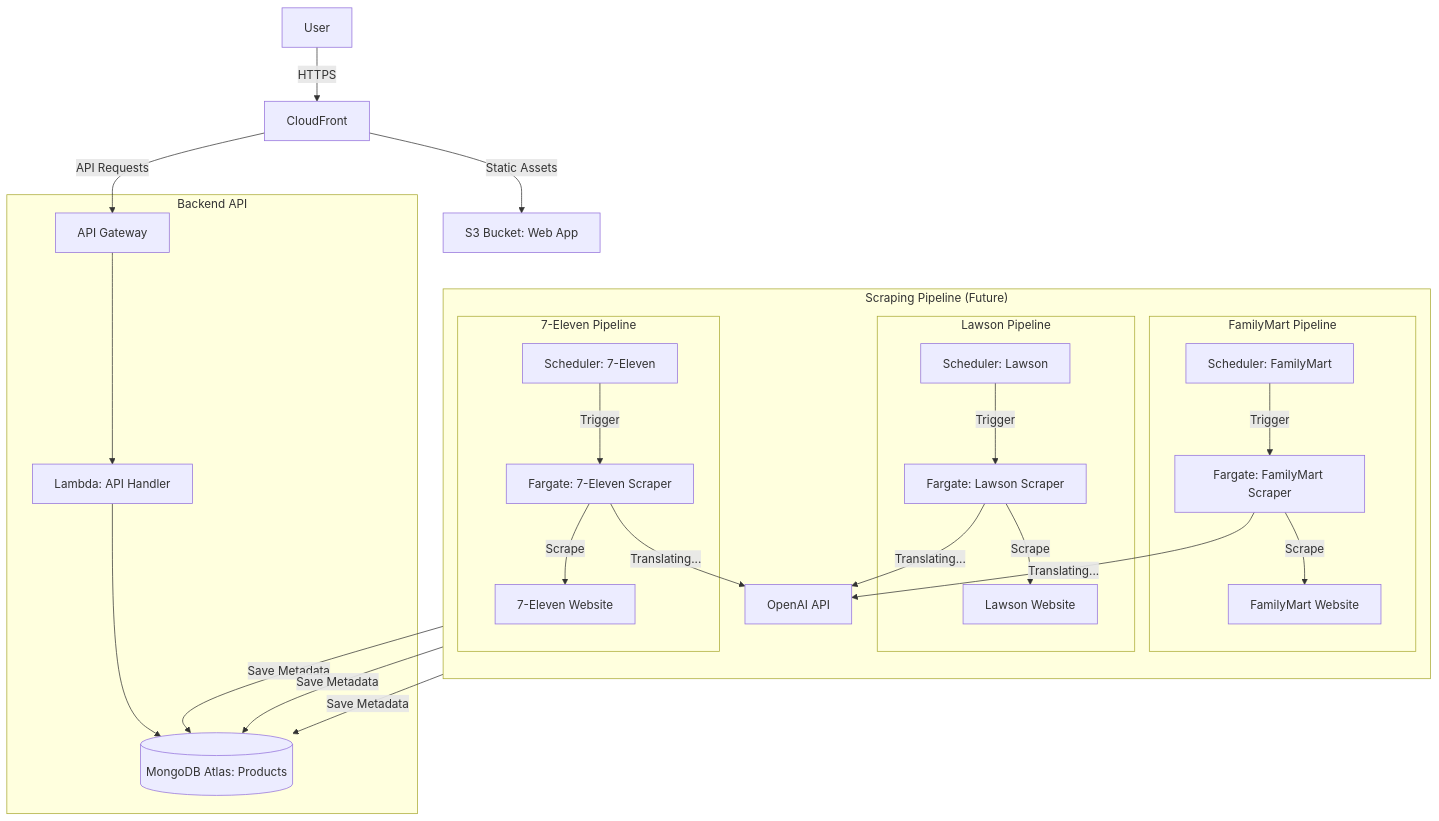
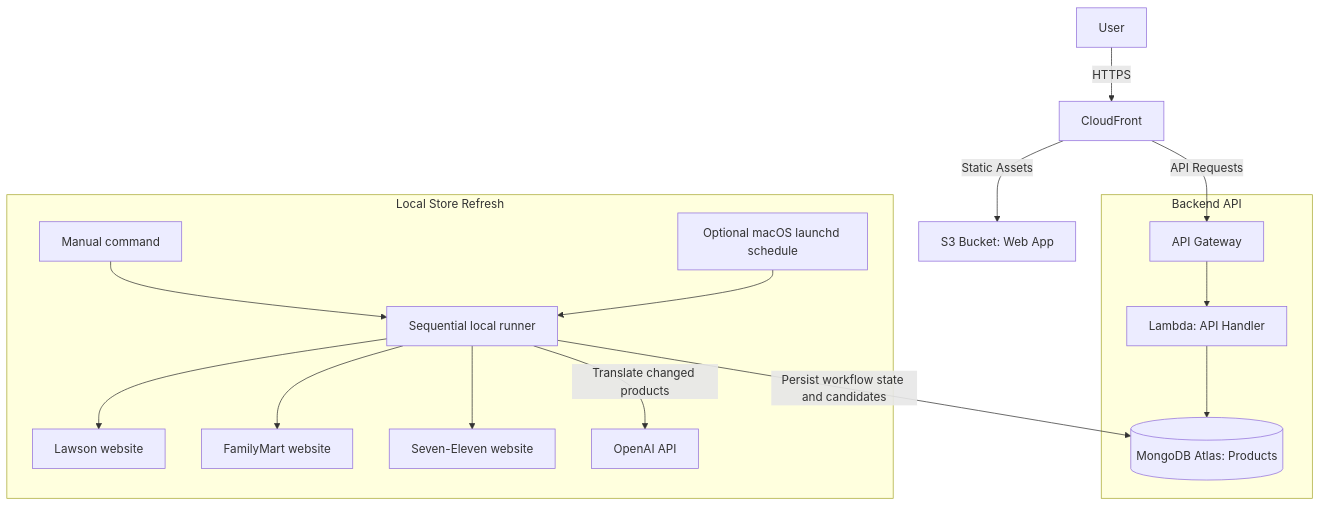
One commit to seancheong/takonbini-web changed the third of 5 diagrams in architecture.md. Above: the diagram before and after it, drawn with Mermaid. The commit also changed other lines of this file and 2 other files, not shown here.

Commit message:
docs: record local scraper execution decision (#35)

````diff
--- a/architecture.md
+++ b/architecture.md
@@ -97,32 +97,21 @@
 ```mermaid
 graph TD
     User[User] -->|HTTPS| CloudFront
     CloudFront -->|Static Assets| S3_Web[S3 Bucket: Web App]
     CloudFront -->|API Requests| APIG[API Gateway]
 
     subgraph "Backend API"
         APIG --> Lambda_API[Lambda: API Handler]
         Lambda_API --> Mongo[(MongoDB Atlas: Products)]
     end
 
-    subgraph "Scraping Pipeline (Future)"
-        direction TB
-        subgraph "Lawson Pipeline"
-            Sch_Lawson[Scheduler: Lawson] -->|Trigger| L_Lawson[Fargate: Lawson Scraper]
-            L_Lawson -->|Scrape| Site_Lawson[Lawson Website]
-        end
-
-        subgraph "FamilyMart Pipeline"
-            Sch_FM[Scheduler: FamilyMart] -->|Trigger| L_FM[Fargate: FamilyMart Scraper]
-            L_FM -->|Scrape| Site_FM[FamilyMart Website]
-        end
-
-        subgraph "7-Eleven Pipeline"
-            Sch_711[Scheduler: 7-Eleven] -->|Trigger| L_711[Fargate: 7-Eleven Scraper]
-            L_711 -->|Scrape| Site_711[7-Eleven Website]
-        end
-
-        L_Lawson & L_FM & L_711 -->|Translating...| OpenAI[OpenAI API]
-        L_Lawson & L_FM & L_711 -->|Save Metadata| Mongo
+    subgraph "Local Store Refresh"
+        Manual[Manual command] --> Runner[Sequential local runner]
+        Schedule[Optional macOS launchd schedule] --> Runner
+        Runner --> Lawson[Lawson website]
+        Runner --> FamilyMart[FamilyMart website]
+        Runner --> SevenEleven[Seven-Eleven website]
+        Runner -->|Translate changed products| OpenAI[OpenAI API]
+        Runner -->|Persist workflow state and candidates| Mongo
     end
 ```
````
